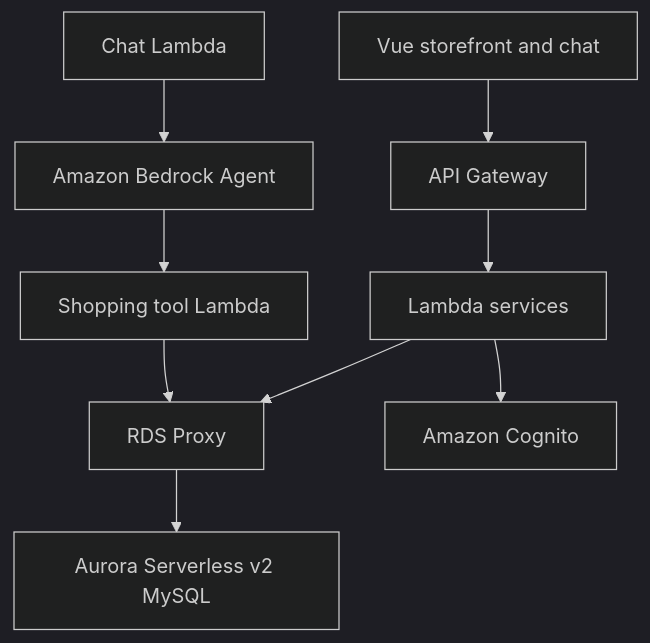
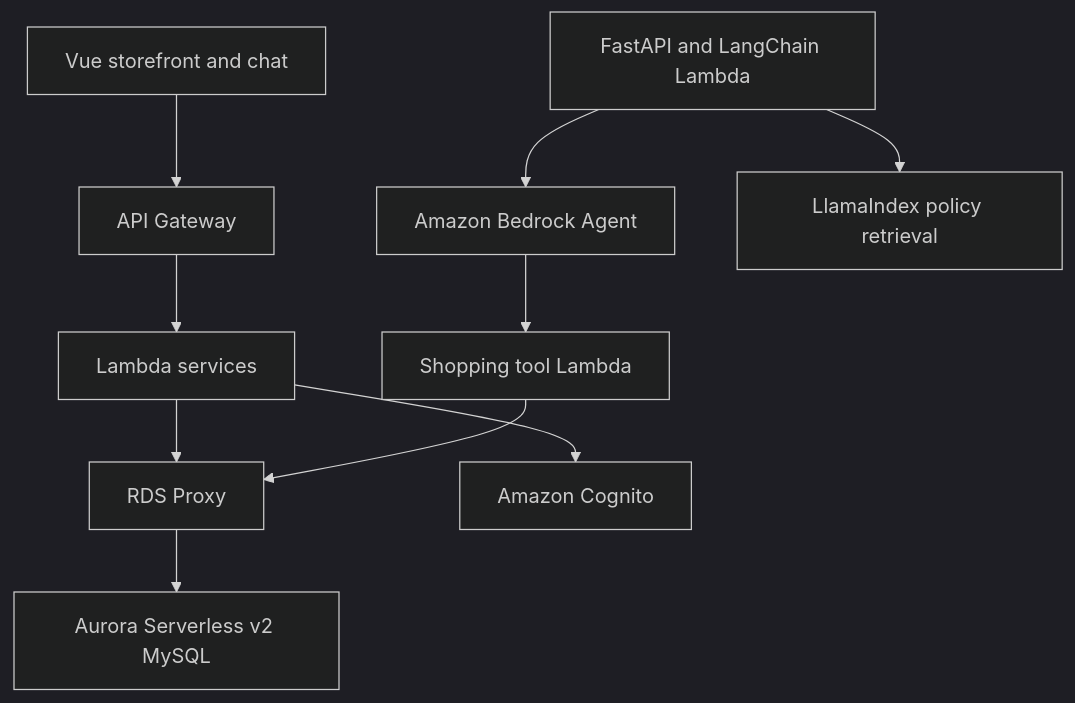
The diagram in README.md (AJJAPUSIVA/AWS-Serverless-Shopping-WebSite-App), drawn with Mermaid (dark theme) before and after one commit. The commit also changed other lines of this file and 19 other files, not shown here.

Commit message:
Add structured FastAPI shopping agent API

````diff
--- a/README.md
+++ b/README.md
@@ -12,11 +12,12 @@
 ```mermaid
 flowchart TD
     Vue[Vue storefront and chat] --> API[API Gateway]
     API --> Lambda[Lambda services]
     Lambda --> Proxy[RDS Proxy]
     Proxy --> MySQL[Aurora Serverless v2 MySQL]
     Lambda --> Cognito[Amazon Cognito]
-    Chat[Chat Lambda] --> Agent[Amazon Bedrock Agent]
+    Chat[FastAPI and LangChain Lambda] --> Agent[Amazon Bedrock Agent]
+    Chat --> Knowledge[LlamaIndex policy retrieval]
     Agent --> Tools[Shopping tool Lambda]
     Tools --> Proxy
 ```
````
